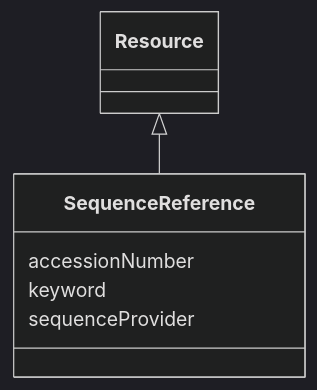
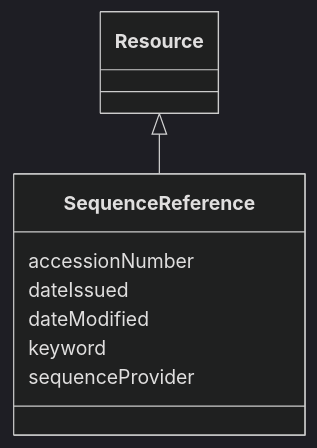
Before and after one commit to EVORA-project/evora-ontology: the diagram in models/docs/SequenceReference.md, drawn with Mermaid (dark theme). The commit also changed other lines of this file and 377 other files, not shown here.

````diff
--- a/models/docs/SequenceReference.md
+++ b/models/docs/SequenceReference.md
@@ -19,15 +19,19 @@
 ```mermaid
  classDiagram
     class SequenceReference
     click SequenceReference href "../SequenceReference"
       Resource <|-- SequenceReference
         click Resource href "../Resource"
       
       SequenceReference : accessionNumber
         
+      SequenceReference : dateIssued
+        
+      SequenceReference : dateModified
+        
       SequenceReference : keyword
         
       SequenceReference : sequenceProvider
         
       
 ```
````
